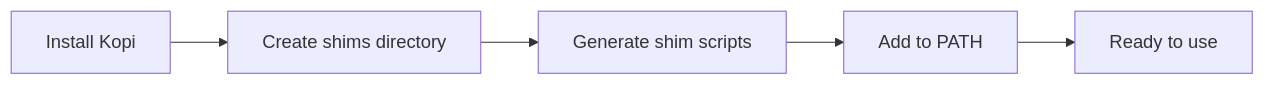
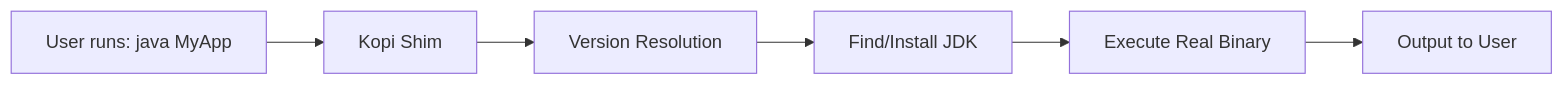
One commit to kopi-vm/kopi-vm.github.io changed the diagram in docs/concepts/shims.md. Above: the diagram before and after it, drawn with Mermaid. The commit also changed other lines of this file, not shown here.

````diff
--- a/docs/concepts/shims.md
+++ b/docs/concepts/shims.md
@@ -109,7 +14,8 @@
 ```mermaid
 graph LR
-    A[Install Kopi] --> B[Create shims directory]
-    B --> C[Generate shim scripts]
-    C --> D[Add to PATH]
-    D --> E[Ready to use]
+    A[User runs: java MyApp] --> B[Kopi Shim]
+    B --> C[Version Resolution]
+    C --> D[Find/Install JDK]
+    D --> E[Execute Real Binary]
+    E --> F[Output to User]
 ```
````
